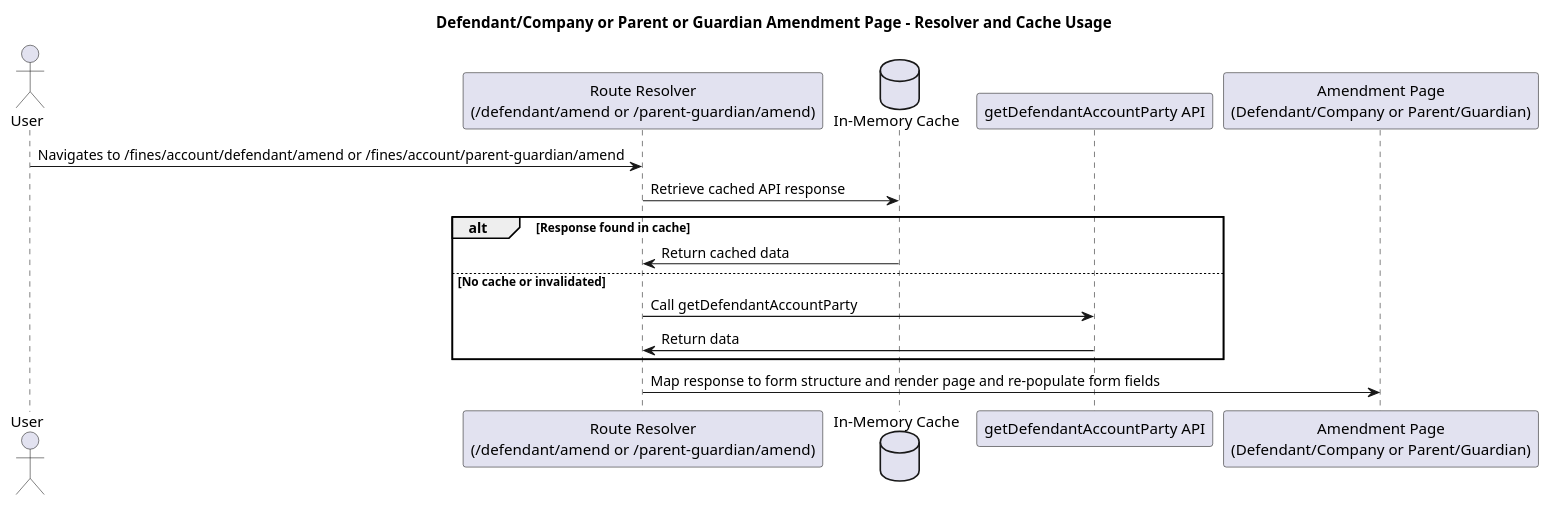
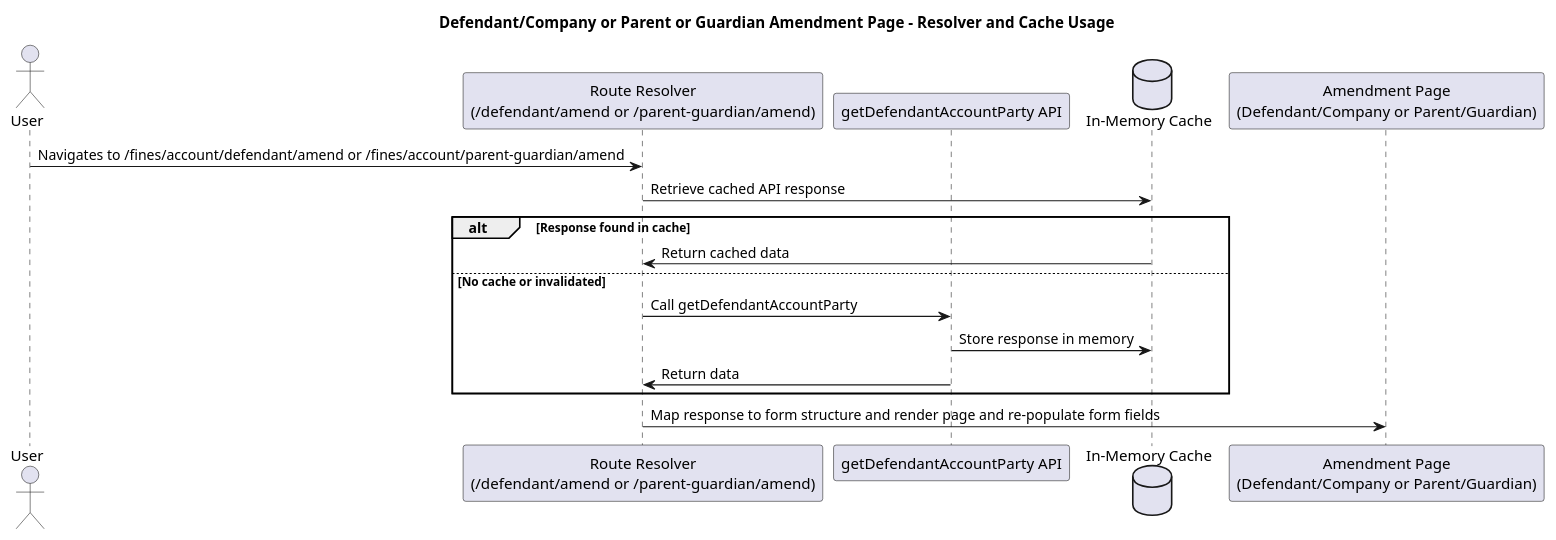
The diagram in plantUML/fae-view-amend-defendant-pg/fae-view-amend-defendant-pg-amendment-pages-ui.puml (hmcts/opal-docs), drawn with PlantUML before and after one commit. The commit also changed 3 other files, not shown here.

Commit message:
Add PlantUML diagrams for payment terms and comments amendment flows

```diff
--- a/plantUML/fae-view-amend-defendant-pg/fae-view-amend-defendant-pg-amendment-pages-ui.puml
+++ b/plantUML/fae-view-amend-defendant-pg/fae-view-amend-defendant-pg-amendment-pages-ui.puml
@@ -1,21 +1,22 @@
 @startuml
 title Defendant/Company or Parent or Guardian Amendment Page - Resolver and Cache Usage
 
 actor User
 participant "Route Resolver\n(/defendant/amend or /parent-guardian/amend)" as Resolver
+participant "getDefendantAccountParty API" as API
 database "In-Memory Cache" as Cache
-participant "getDefendantAccountParty API" as API
 participant "Amendment Page\n(Defendant/Company or Parent/Guardian)" as Page
 
 User -> Resolver : Navigates to /fines/account/defendant/amend or /fines/account/parent-guardian/amend 
 Resolver -> Cache : Retrieve cached API response
 
 alt Response found in cache
     Cache -> Resolver : Return cached data
 else No cache or invalidated
     Resolver -> API : Call getDefendantAccountParty
+    API -> Cache : Store response in memory
     API -> Resolver : Return data
 end
 
 Resolver -> Page : Map response to form structure and render page and re-populate form fields
 @enduml
```
